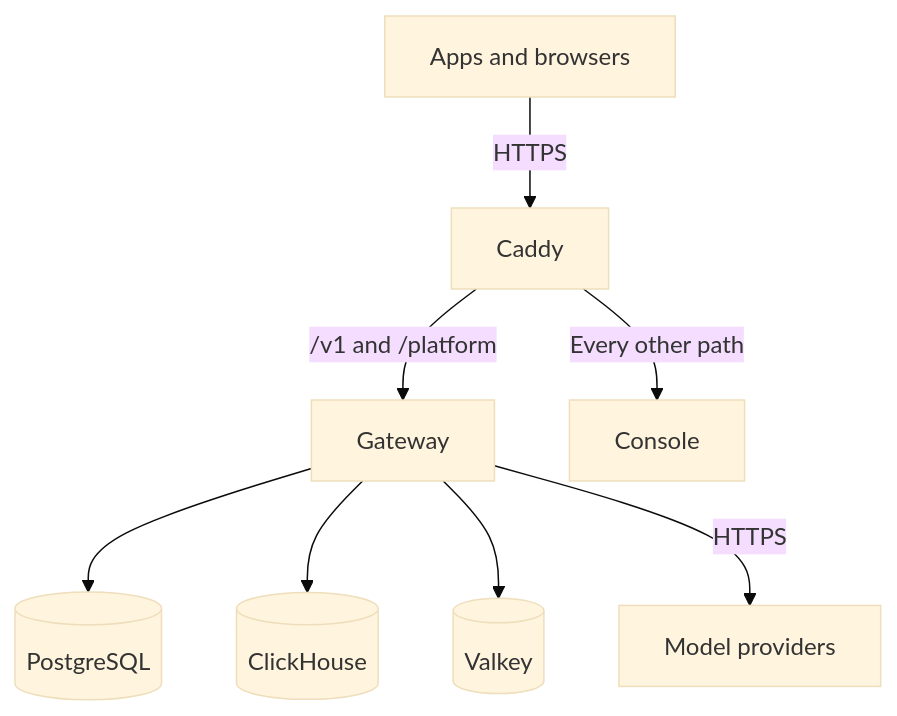
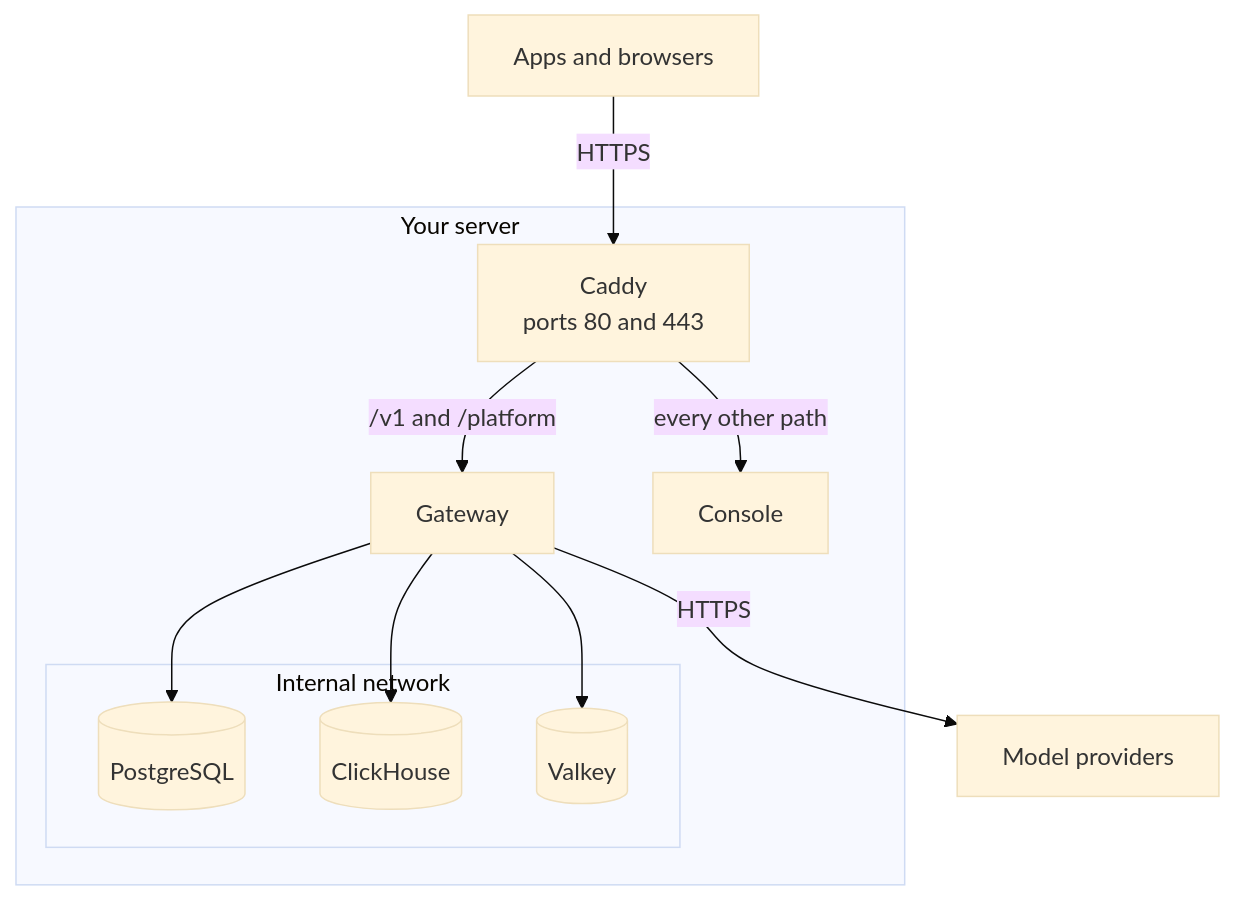
Before and after one commit to logicplanes/kaeso: the diagram in apps/docs/content/en/self-hosting/how-it-works.md, drawn with Mermaid (base theme). The commit also changed 23 other files, not shown here.

````diff
--- a/apps/docs/content/en/self-hosting/how-it-works.md
+++ b/apps/docs/content/en/self-hosting/how-it-works.md
@@ -10,12 +10,22 @@
 ```mermaid
 flowchart TD
   accTitle: The services of a Kaeso install
-  accDescr: Caddy takes HTTPS requests and sends the APIs to the gateway and everything else to the console. Only the gateway reaches PostgreSQL, ClickHouse and Valkey, and it calls the providers.
-  clients[Apps and browsers] -->|HTTPS| caddy[Caddy]
-  caddy -->|/v1 and /platform| gateway[Gateway]
-  caddy -->|Every other path| console[Console]
-  gateway --> postgres[(PostgreSQL)]
-  gateway --> clickhouse[(ClickHouse)]
-  gateway --> valkey[(Valkey)]
-  gateway -->|HTTPS| providers[Model providers]
+  accDescr: Apps and browsers reach the install only through Caddy, on ports 80 and 443. Caddy sends /v1 and /platform to the gateway and every other path to the console. PostgreSQL, ClickHouse and Valkey sit on an internal network that only the gateway reaches, and the gateway calls the model providers over HTTPS.
+  clients[Apps and browsers]:::outside
+  subgraph server [Your server]
+    caddy[Caddy<br>ports 80 and 443]
+    gateway[Gateway]:::accent
+    console[Console]
+    subgraph data [Internal network]
+      postgres[(PostgreSQL)]
+      clickhouse[(ClickHouse)]
+      valkey[(Valkey)]
+    end
+  end
+  providers[Model providers]:::outside
+  clients -- HTTPS --> caddy
+  caddy -- /v1 and /platform --> gateway
+  caddy -- every other path --> console
+  gateway --> postgres & clickhouse & valkey
+  gateway -- HTTPS --> providers
 ```
````
